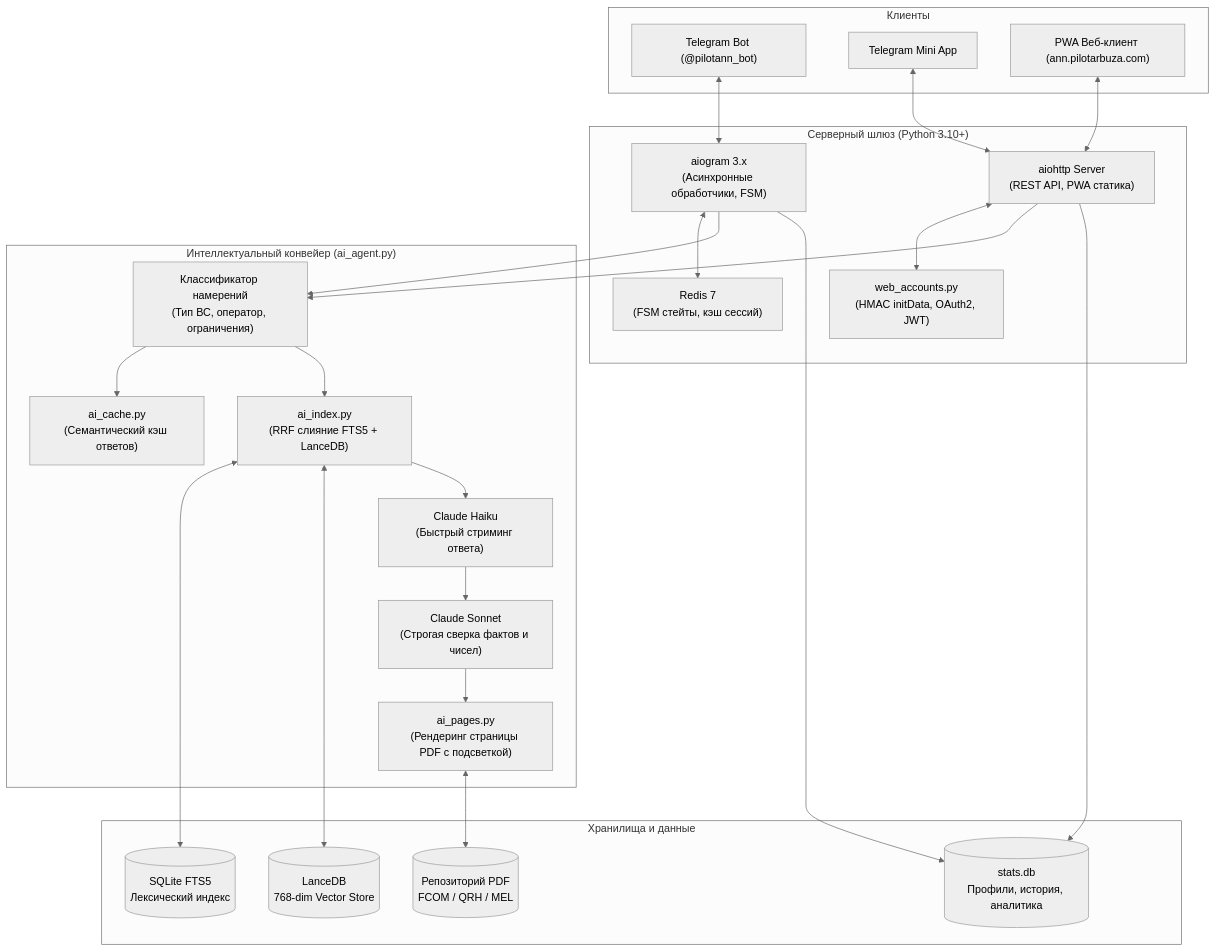
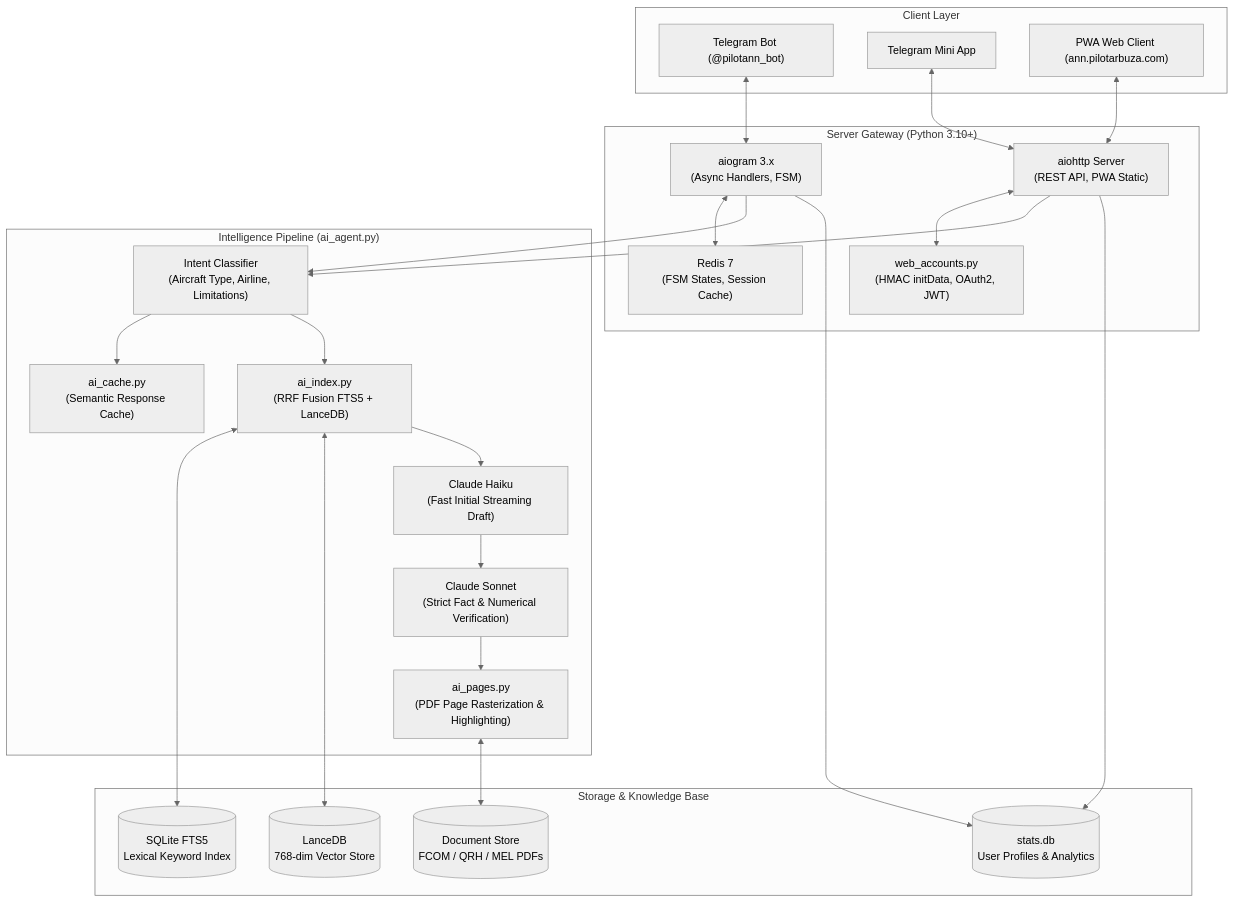
The diagram in README.md (pilotarbuza/pilotann), drawn with Mermaid (neutral theme) before and after one commit. The commit also changed other lines of this file and 6 other files, not shown here.

````diff
--- a/README.md
+++ b/README.md
@@ -65,56 +67,70 @@
 ```mermaid
 flowchart TD
-    subgraph Frontend["Клиенты"]
+    subgraph Frontend["Client Layer"]
         TG["Telegram Bot (@pilotann_bot)"]
         MiniApp["Telegram Mini App"]
-        PWA["PWA Веб-клиент (ann.pilotarbuza.com)"]
+        PWA["PWA Web Client (ann.pilotarbuza.com)"]
     end
 
-    subgraph CoreGateway["Серверный шлюз (Python 3.10+)"]
-        BotEngine["aiogram 3.x\n(Асинхронные обработчики, FSM)"]
-        WebServer["aiohttp Server\n(REST API, PWA статика)"]
-        AuthModule["web_accounts.py\n(HMAC initData, OAuth2, JWT)"]
-        RedisStore["Redis 7\n(FSM стейты, кэш сессий)"]
+    subgraph CoreGateway["Server Gateway (Python 3.10+)"]
+        BotEngine["aiogram 3.x
+(Async Handlers, FSM)"]
+        WebServer["aiohttp Server
+(REST API, PWA Static)"]
+        AuthModule["web_accounts.py
+(HMAC initData, OAuth2, JWT)"]
+        RedisStore["Redis 7
+(FSM States, Session Cache)"]
     end
 
-    subgraph AIEngine["Интеллектуальный конвейер (ai_agent.py)"]
-        Router["Классификатор намерений\n(Тип ВС, оператор, ограничения)"]
-        AnswerCache["ai_cache.py\n(Семантический кэш ответов)"]
-        HybridSearch["ai_index.py\n(RRF слияние FTS5 + LanceDB)"]
-        FastModel["Claude Haiku\n(Быстрый стриминг ответа)"]
-        DeepVerifier["Claude Sonnet\n(Строгая сверка фактов и чисел)"]
-        PDFRender["ai_pages.py\n(Рендеринг страницы PDF с подсветкой)"]
+    subgraph AIEngine["Intelligence Pipeline (ai_agent.py)"]
+        Router["Intent Classifier
+(Aircraft Type, Airline, Limitations)"]
+        AnswerCache["ai_cache.py
+(Semantic Response Cache)"]
+        HybridSearch["ai_index.py
+(RRF Fusion FTS5 + LanceDB)"]
+        FastModel["Claude Haiku
+(Fast Initial Streaming Draft)"]
+        DeepVerifier["Claude Sonnet
+(Strict Fact & Numerical Verification)"]
+        PDFRender["ai_pages.py
+(PDF Page Rasterization & Highlighting)"]
     end
 
-    subgraph DataStorages["Хранилища и данные"]
-        SQLiteFTS[("SQLite FTS5\nЛексический индекс")]
-        LanceVector[("LanceDB\n768-dim Vector Store")]
-        MainDB[("stats.db\nПрофили, история, аналитика")]
-        DocRepo[("Репозиторий PDF\nFCOM / QRH / MEL")]
+    subgraph DataStorages["Storage & Knowledge Base"]
+        SQLiteFTS[("SQLite FTS5
+Lexical Keyword Index")]
+        LanceVector[("LanceDB
+768-dim Vector Store")]
+        MainDB[("stats.db
+User Profiles & Analytics")]
+        DocRepo[("Document Store
+FCOM / QRH / MEL PDFs")]
     end
 
-    %% Связи
+    %% Connections
     TG <--> BotEngine
     MiniApp <--> WebServer
     PWA <--> WebServer
 
     BotEngine <--> RedisStore
     WebServer <--> AuthModule
 
     BotEngine --> Router
     WebServer --> Router
 
     Router --> AnswerCache
     Router --> HybridSearch
 
     HybridSearch <--> SQLiteFTS
     HybridSearch <--> LanceVector
 
     HybridSearch --> FastModel
     FastModel --> DeepVerifier
     DeepVerifier --> PDFRender
     PDFRender <--> DocRepo
 
     BotEngine --> MainDB
     WebServer --> MainDB
 ```
````
